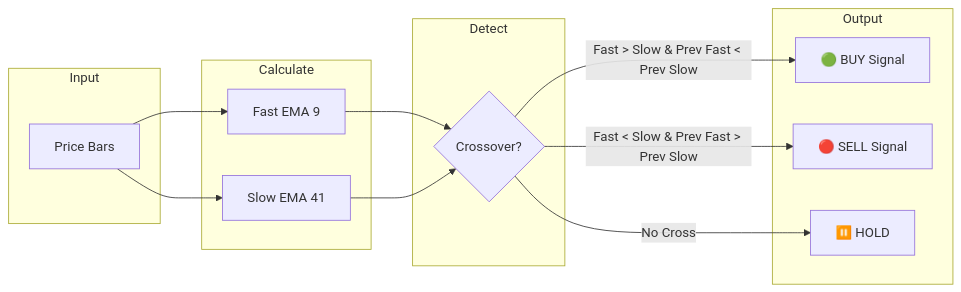
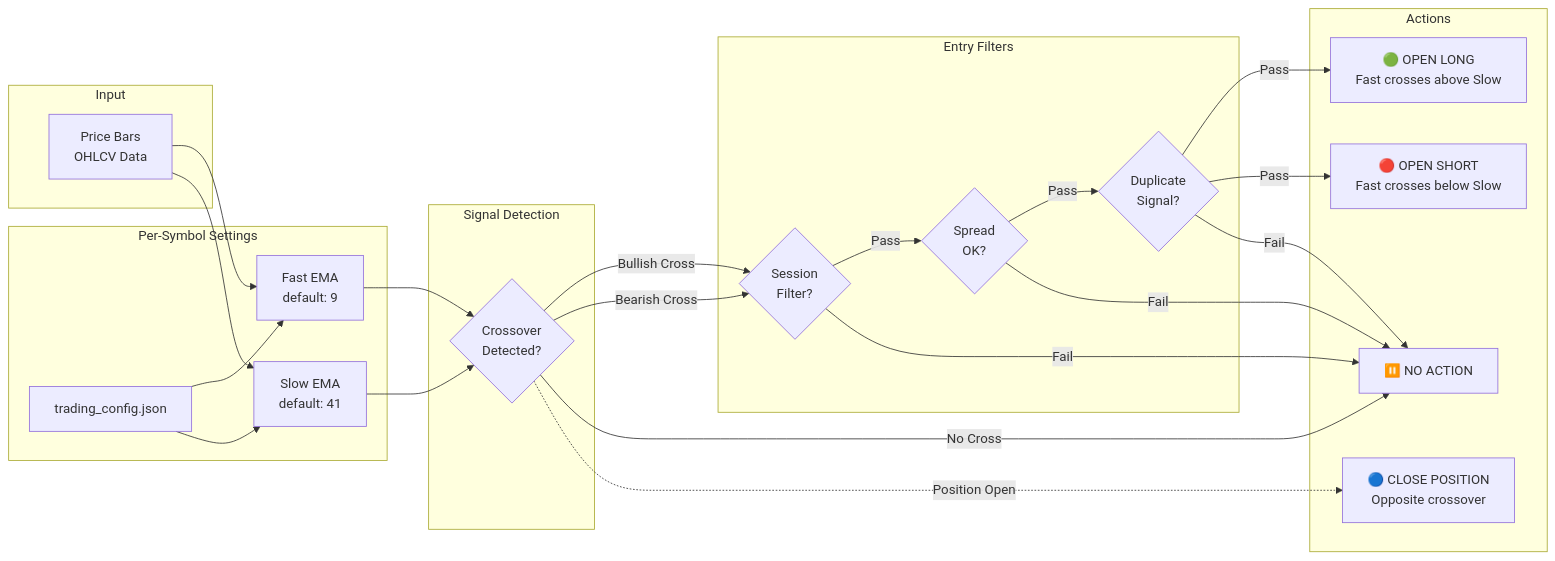
Before and after one commit to morningtrading/strat_EMAX: the third of 3 diagrams in README.md, drawn with Mermaid. The commit also changed other lines of this file, not shown here.

First line of the commit message:
docs: comprehensive README update with installation guide and enhanced diagrams

````diff
--- a/README.md
+++ b/README.md
@@ -76,29 +99,51 @@
 ```mermaid
 flowchart LR
     subgraph Input
-        P[Price Bars]
+        P[Price Bars<br/>OHLCV Data]
     end
 
-    subgraph Calculate
-        F[Fast EMA 9]
-        S[Slow EMA 41]
+    subgraph Calculate["Per-Symbol Settings"]
+        CONF[trading_config.json]
+        F[Fast EMA<br/>default: 9]
+        S[Slow EMA<br/>default: 41]
     end
 
-    subgraph Detect
-        XO{Crossover?}
+    subgraph Filters["Entry Filters"]
+        SESSION{Session<br/>Filter?}
+        SPREAD{Spread<br/>OK?}
+        DUP{Duplicate<br/>Signal?}
     end
 
-    subgraph Output
-        BUY[🟢 BUY Signal]
-        SELL[🔴 SELL Signal]
-        HOLD[⏸️ HOLD]
+    subgraph Detect["Signal Detection"]
+        XO{Crossover<br/>Detected?}
+    end
+
+    subgraph Output["Actions"]
+        BUY[🟢 OPEN LONG<br/>Fast crosses above Slow]
+        SELL[🔴 OPEN SHORT<br/>Fast crosses below Slow]
+        EXIT[🔵 CLOSE POSITION<br/>Opposite crossover]
+        HOLD[⏸️ NO ACTION]
     end
 
     P --> F
     P --> S
+    CONF --> F
+    CONF --> S
+    
     F --> XO
     S --> XO
-    XO -->|Fast > Slow & Prev Fast < Prev Slow| BUY
-    XO -->|Fast < Slow & Prev Fast > Prev Slow| SELL
+    
+    XO -->|Bullish Cross| SESSION
+    XO -->|Bearish Cross| SESSION
     XO -->|No Cross| HOLD
+    
+    SESSION -->|Pass| SPREAD
+    SESSION -->|Fail| HOLD
+    SPREAD -->|Pass| DUP
+    SPREAD -->|Fail| HOLD
+    DUP -->|Pass| BUY
+    DUP -->|Pass| SELL
+    DUP -->|Fail| HOLD
+    
+    XO -.Position Open.-> EXIT
 ```
````
